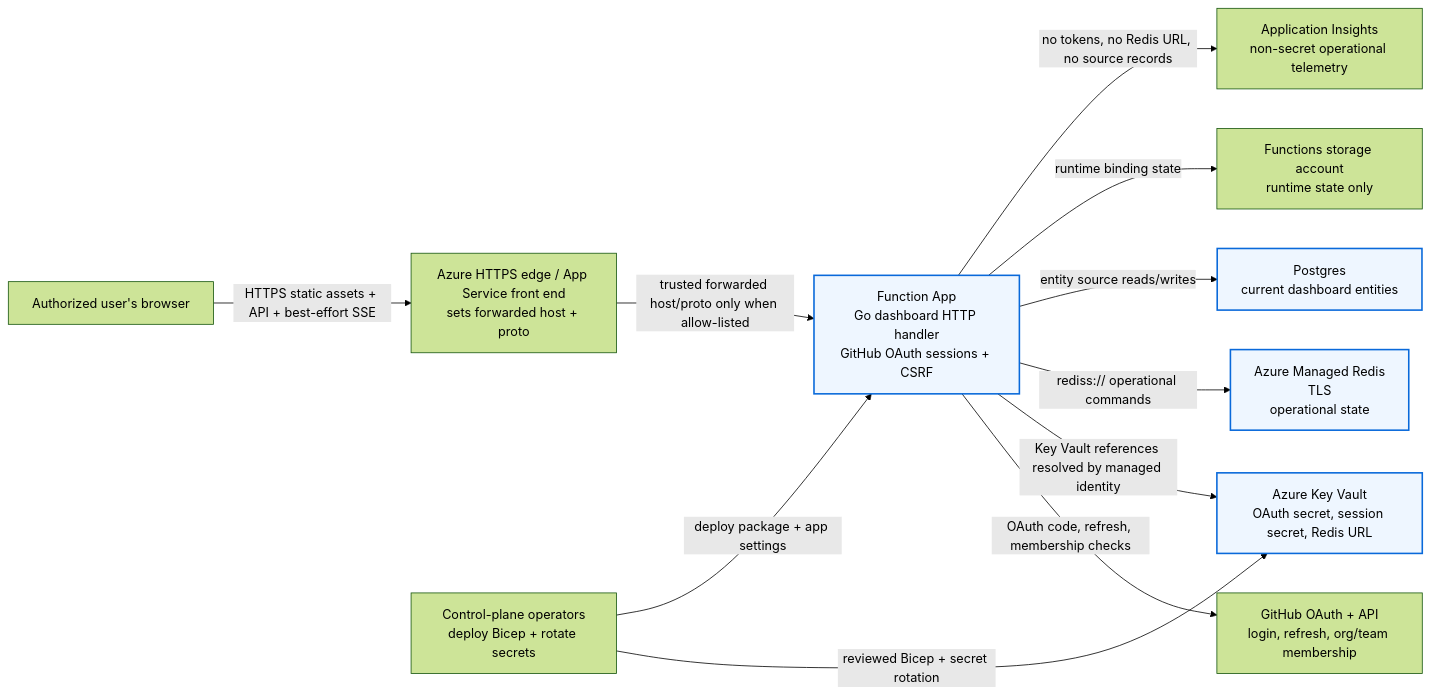
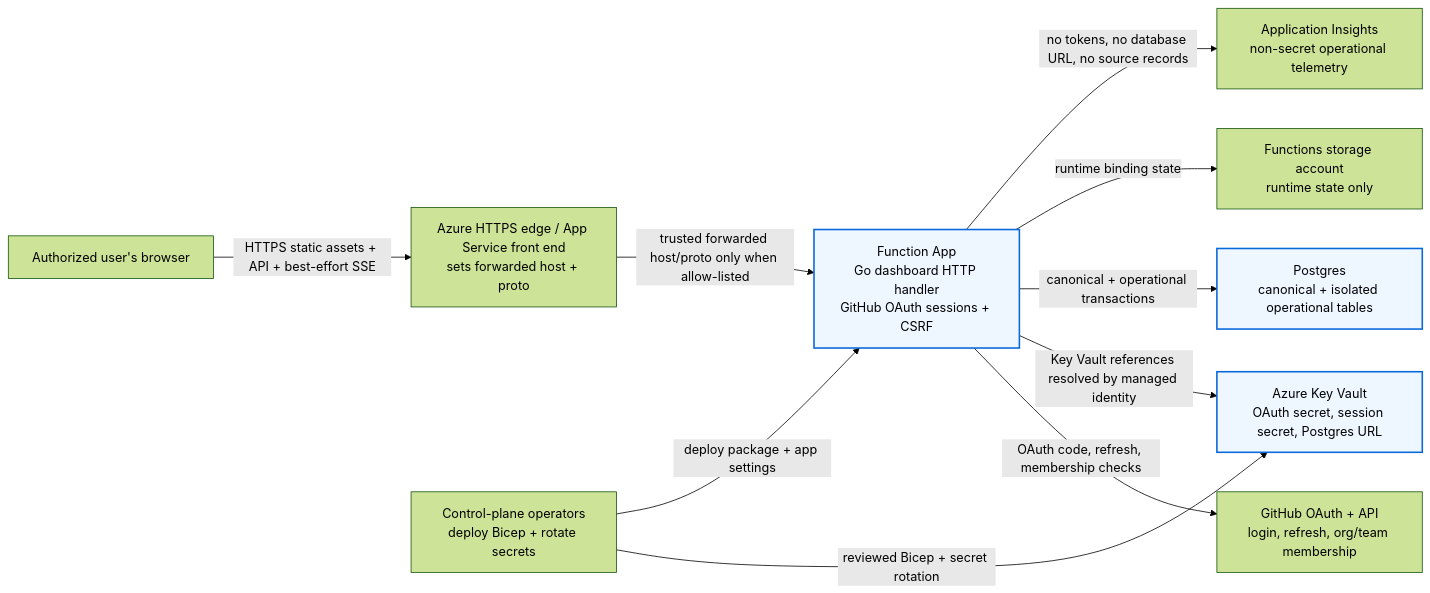
One commit to bradygaster/gh-aw-cao changed the second of 2 diagrams in server/README.md. Above: the diagram before and after it, drawn with Mermaid (forest theme). The commit also changed other lines of this file and 19 other files, not shown here.

First line of the commit message:
Deploy Azure CAO without Redis

````diff
--- a/server/README.md
+++ b/server/README.md
@@ -785,27 +783,25 @@
 ```mermaid
 flowchart LR
   Browser["Authorized user's browser"]
   Edge["Azure HTTPS edge / App Service front end<br/>sets forwarded host + proto"]
   Function["Function App<br/>Go dashboard HTTP handler<br/>GitHub OAuth sessions + CSRF"]
   GitHubOAuth["GitHub OAuth + API<br/>login, refresh, org/team membership"]
-  KeyVault["Azure Key Vault<br/>OAuth secret, session secret, Redis URL"]
-  Postgres["Postgres<br/>current dashboard entities"]
-  Redis["Azure Managed Redis<br/>TLS<br/>operational state"]
+  KeyVault["Azure Key Vault<br/>OAuth secret, session secret, Postgres URL"]
+  Postgres["Postgres<br/>canonical + isolated operational tables"]
   Storage["Functions storage account<br/>runtime state only"]
   Insights["Application Insights<br/>non-secret operational telemetry"]
   Operators["Control-plane operators<br/>deploy Bicep + rotate secrets"]
 
   Browser -->|"HTTPS static assets + API + best-effort SSE"| Edge
   Edge -->|"trusted forwarded host/proto only when allow-listed"| Function
   Function -->|"OAuth code, refresh, membership checks"| GitHubOAuth
   Function -->|"Key Vault references resolved by managed identity"| KeyVault
-  Function -->|"rediss:// operational commands"| Redis
-  Function -->|"entity source reads/writes"| Postgres
+  Function -->|"canonical + operational transactions"| Postgres
   Function -->|"runtime binding state"| Storage
-  Function -->|"no tokens, no Redis URL, no source records"| Insights
+  Function -->|"no tokens, no database URL, no source records"| Insights
   Operators -->|"reviewed Bicep + secret rotation"| KeyVault
   Operators -->|"deploy package + app settings"| Function
 
   classDef boundary fill:#eef6ff,stroke:#0969da,stroke-width:2px;
-  class Function,KeyVault,Postgres,Redis boundary;
+  class Function,KeyVault,Postgres boundary;
 ```
````
